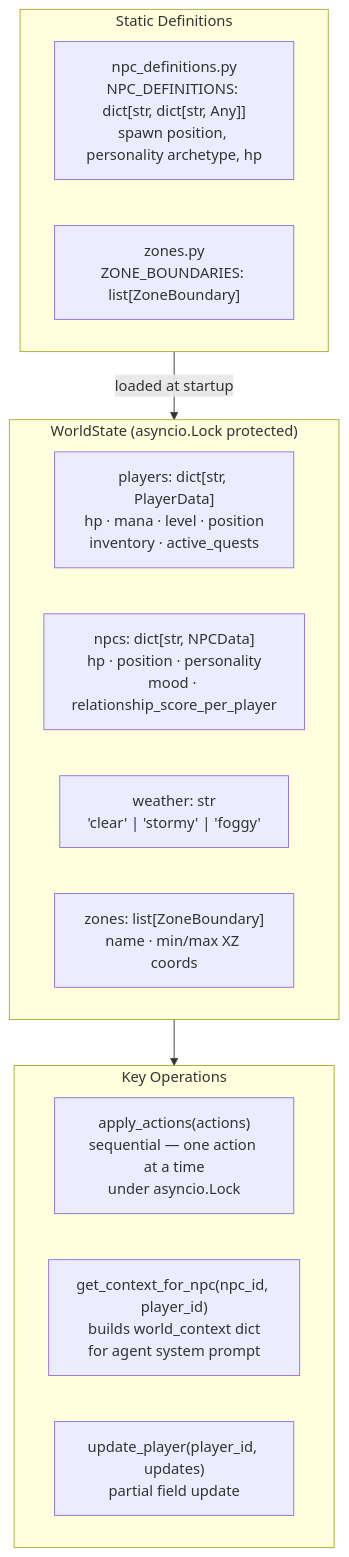
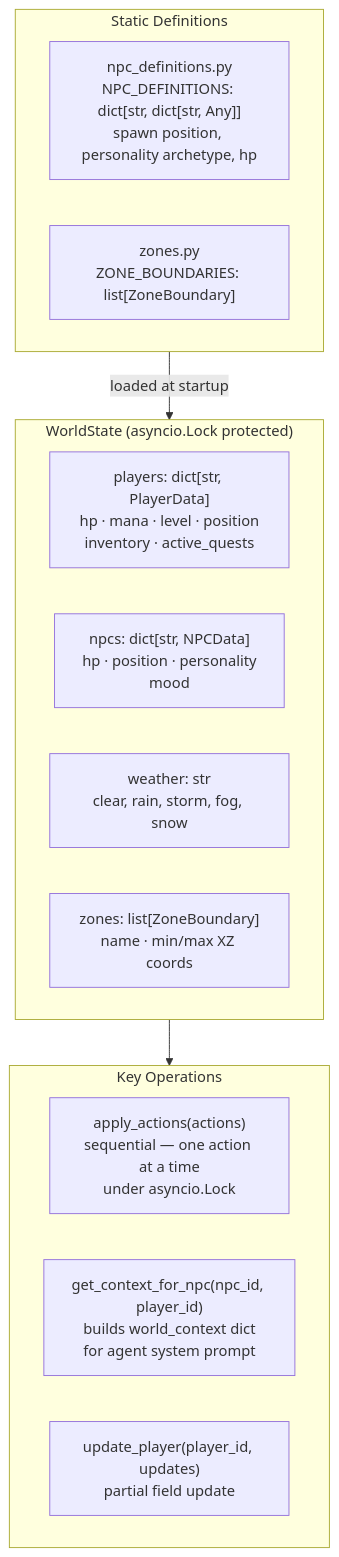
One commit to Zaexv/world-of-prompcraft changed the ninth of 11 diagrams in server/ARCHITECTURE.md. Above: the diagram before and after it, drawn with Mermaid. The commit also changed other lines of this file and 61 other files, not shown here.

````diff
--- a/server/ARCHITECTURE.md
+++ b/server/ARCHITECTURE.md
@@ -325,23 +325,23 @@
 ```mermaid
 flowchart TD
     subgraph WorldState["WorldState (asyncio.Lock protected)"]
         PD["players: dict[str, PlayerData]\nhp · mana · level · position\ninventory · active_quests"]
-        ND["npcs: dict[str, NPCData]\nhp · position · personality\nmood · relationship_score_per_player"]
-        WE["weather: str\n'clear' | 'stormy' | 'foggy'"]
+        ND["npcs: dict[str, NPCData]\nhp · position · personality\nmood"]
+        WE["weather: str\nclear, rain, storm, fog, snow"]
         ZN["zones: list[ZoneBoundary]\nname · min/max XZ coords"]
     end
 
     subgraph Ops["Key Operations"]
         GA["apply_actions(actions)\nsequential — one action at a time\nunder asyncio.Lock"]
         GC["get_context_for_npc(npc_id, player_id)\nbuilds world_context dict\nfor agent system prompt"]
         UP["update_player(player_id, updates)\npartial field update"]
     end
 
     subgraph Definitions["Static Definitions"]
         NDF["npc_definitions.py\nNPC_DEFINITIONS: dict[str, dict[str, Any]]\nspawn position, personality archetype, hp"]
         ZDF["zones.py\nZONE_BOUNDARIES: list[ZoneBoundary]"]
     end
 
     WorldState --> Ops
     Definitions -->|"loaded at startup"| WorldState
 ```
````
